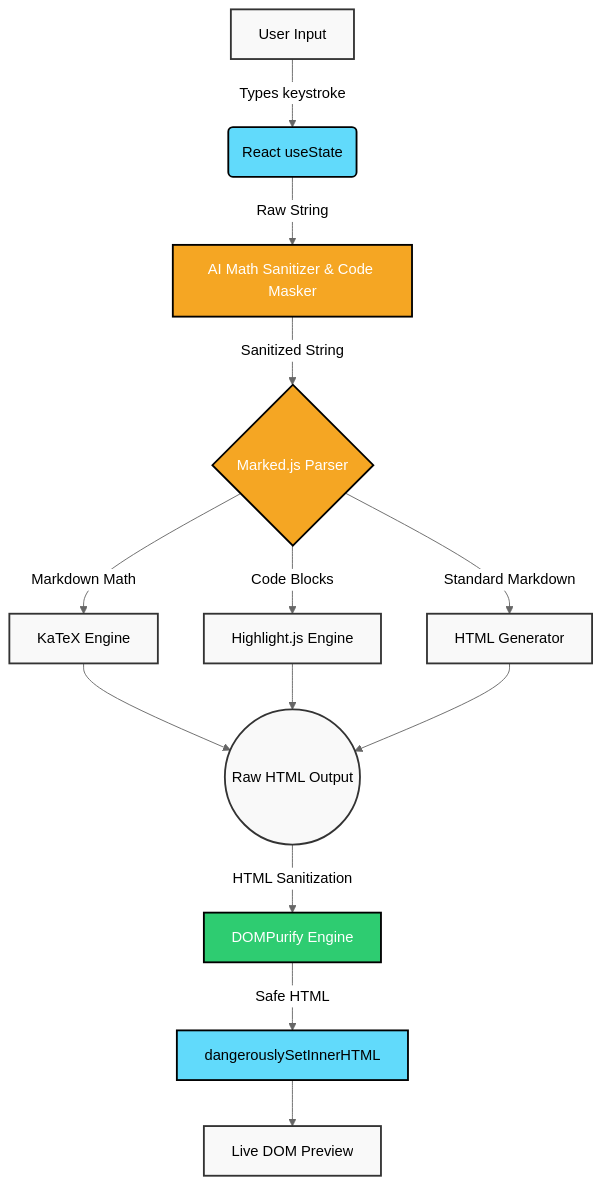
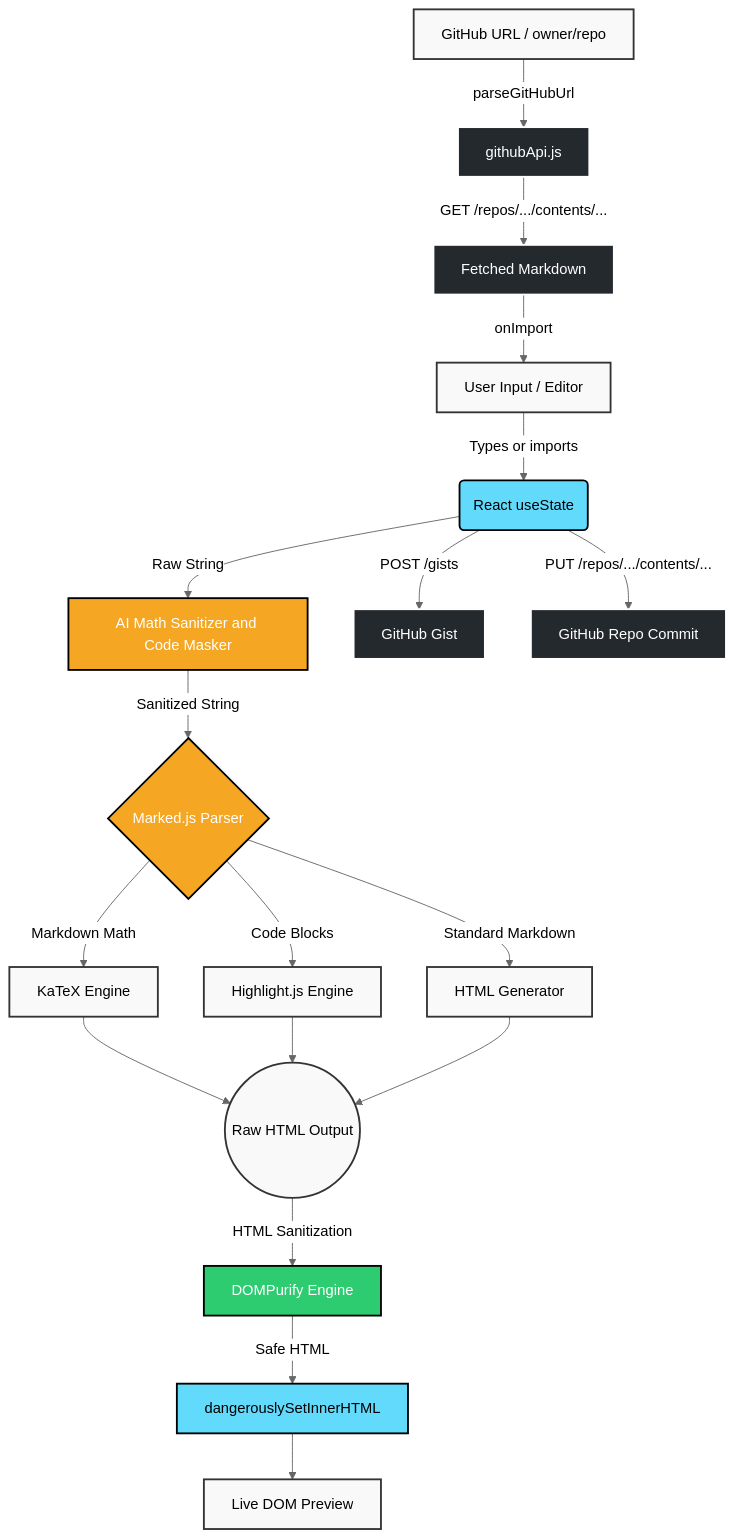
Before and after one commit to SuryanshSwarn09/Git-doc: the diagram in README.md, drawn with Mermaid (neutral theme). The commit also changed other lines of this file, not shown here.

Commit message:
docs: update README with GitHub API integration, endpoint table, and updated architecture flow

````diff
--- a/README.md
+++ b/README.md
@@ -78,33 +135,37 @@
 ```mermaid
 graph TD
-    %% User Interaction
-    A[User Input] -->|Types keystroke| B(React useState)
-    
-    %% Processing Pipeline
-    B -->|Raw String| C[AI Math Sanitizer & Code Masker]
+    GH_URL[GitHub URL / owner/repo] -->|parseGitHubUrl| GH_API[githubApi.js]
+    GH_API -->|GET /repos/.../contents/...| GH_FETCH[Fetched Markdown]
+    GH_FETCH -->|onImport| A
+
+    A[User Input / Editor] -->|Types or imports| B(React useState)
+
+    B -->|Raw String| C[AI Math Sanitizer and Code Masker]
     C -->|Sanitized String| D{Marked.js Parser}
-    
-    %% Parser Extensions
+
     D -->|Markdown Math| E[KaTeX Engine]
     D -->|Code Blocks| F[Highlight.js Engine]
     D -->|Standard Markdown| G[HTML Generator]
-    
-    %% Output & Security Pipeline
+
     E --> H((Raw HTML Output))
     F --> H
     G --> H
-    
+
     H -->|HTML Sanitization| I[DOMPurify Engine]
     I -->|Safe HTML| J[dangerouslySetInnerHTML]
     J --> K[Live DOM Preview]
 
-    %% Styling
+    B -->|POST /gists| GIST[GitHub Gist]
+    B -->|PUT /repos/.../contents/...| COMMIT[GitHub Repo Commit]
+
     classDef default fill:#f9f9f9,stroke:#333,stroke-width:2px;
     classDef react fill:#61dafb,stroke:#000,color:#000;
     classDef logic fill:#f5a623,stroke:#000,color:#fff;
     classDef security fill:#2ecc71,stroke:#000,color:#fff;
-    
+    classDef github fill:#24292e,stroke:#fff,color:#fff;
+
     class B,J react;
     class C,D logic;
     class I security;
+    class GH_API,GH_FETCH,GIST,COMMIT github;
 ```
````
